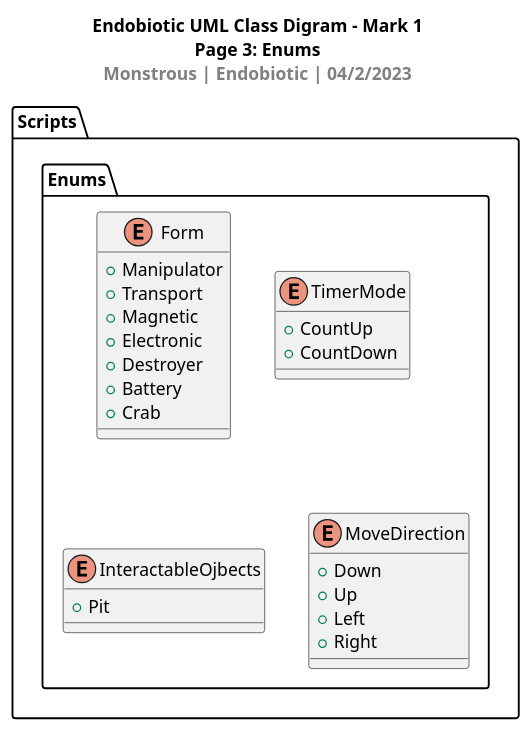
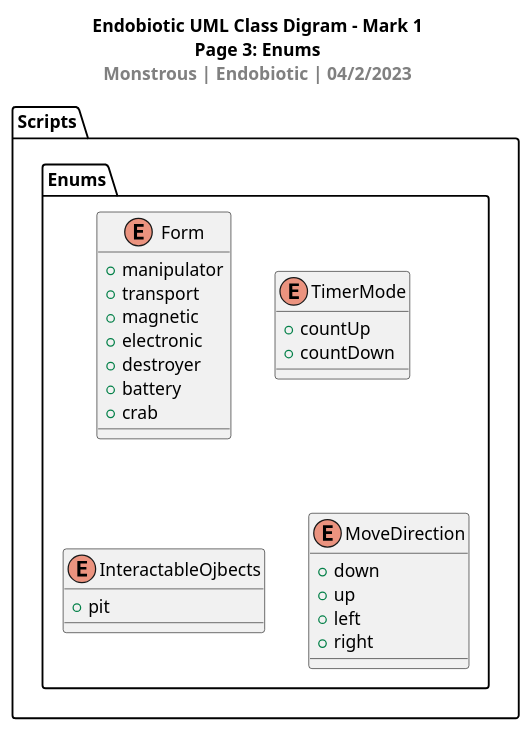
The diagram in P.H.0.3.N.1.X. - AlphaV1/Assets/ClassDiagrams/ClassDiagramMark1Page3Enums.plantuml (MonstrousEnt/Endobiotic-Project-1-and-Project-2), drawn with PlantUML before and after one commit. The commit also changed 14 other files, not shown here.

```diff
--- a/P.H.0.3.N.1.X. - AlphaV1/Assets/ClassDiagrams/ClassDiagramMark1Page3Enums.plantuml
+++ b/P.H.0.3.N.1.X. - AlphaV1/Assets/ClassDiagrams/ClassDiagramMark1Page3Enums.plantuml
@@ -1,40 +1,40 @@
 @startuml Class Diagram Mark 1 - Page 3: Enums
 title Endobiotic UML Class Digram - Mark 1\nPage 3: Enums\n<color:Gray>Monstrous | Endobiotic | 04/2/2023</color>
 
 package Scripts <<Folder>>
 {
     package Enums <<Folder>>
     {
         enum Form 
         {
-            +Manipulator
-            +Transport
-            +Magnetic
-            +Electronic
-            +Destroyer
-            +Battery
-            +Crab
+            +manipulator
+            +transport
+            +magnetic
+            +electronic
+            +destroyer
+            +battery
+            +crab
         }
 
         enum TimerMode
         {
-            +CountUp
-            +CountDown
+            +countUp
+            +countDown
         }
 
         enum InteractableOjbects 
         {
-            +Pit
+            +pit
         }
 
         enum MoveDirection 
         {
-            +Down
-            +Up
-            +Left
-            +Right
+            +down
+            +up
+            +left
+            +right
         }
     }
 }
 
 @enduml
```
